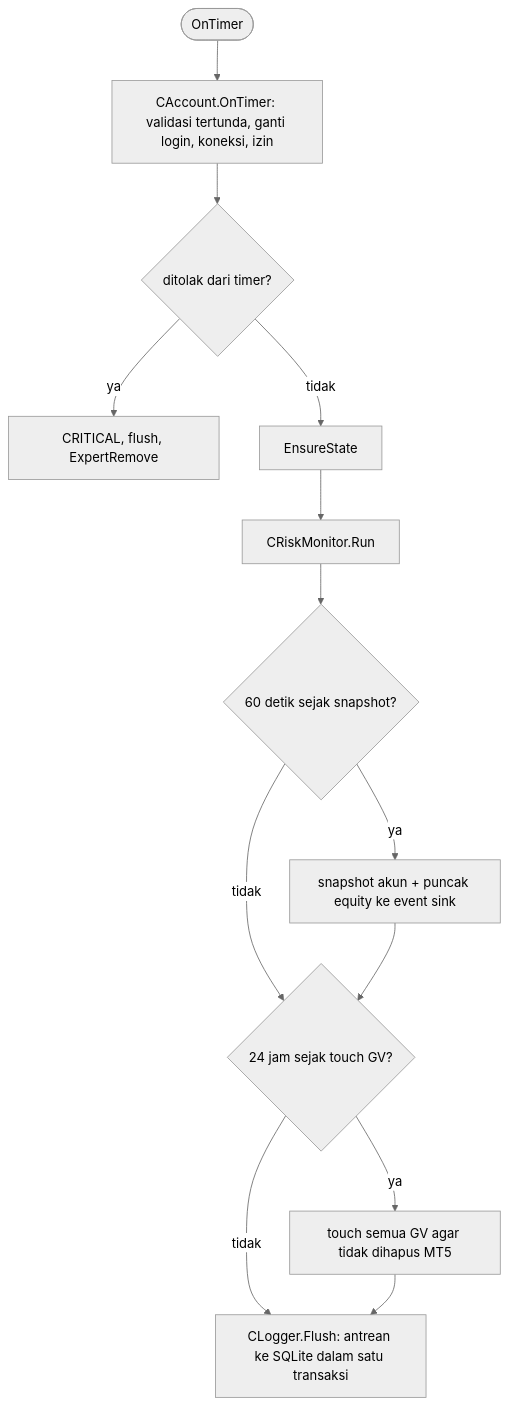
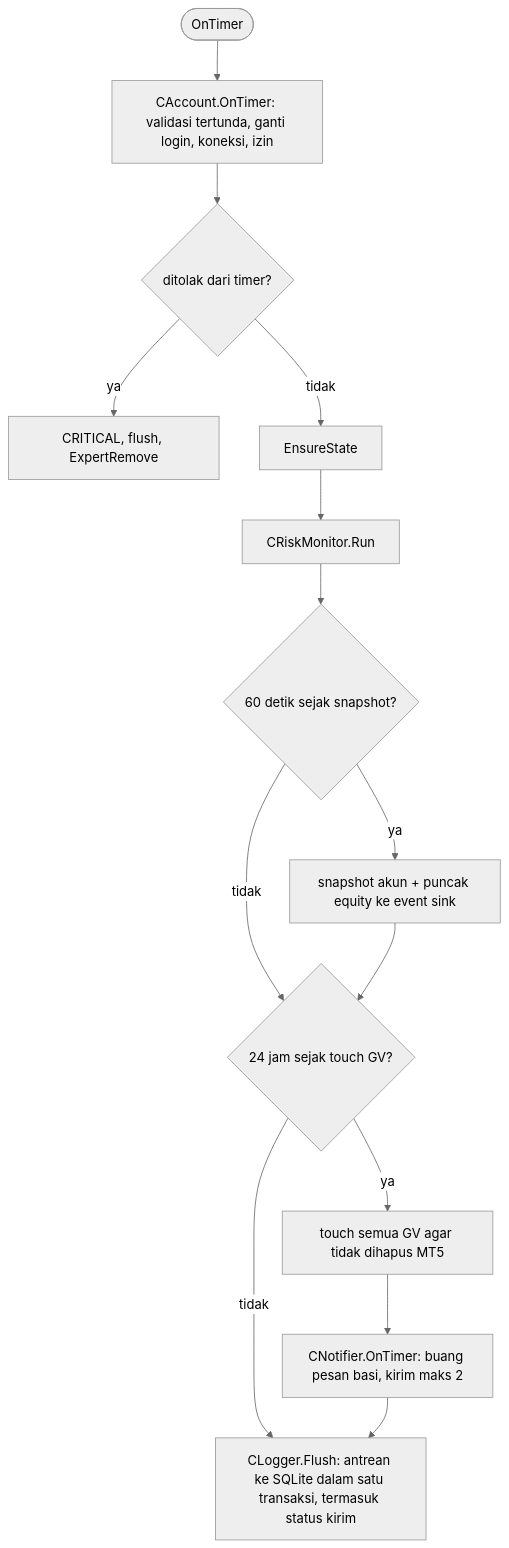
The diagram in sdbot/docs/flows/timer.md (ndra969/trading-bot), drawn with Mermaid (neutral theme) before and after one commit. The commit also changed other lines of this file and 49 other files, not shown here.

````diff
--- a/sdbot/docs/flows/timer.md
+++ b/sdbot/docs/flows/timer.md
@@ -3,15 +3,16 @@
 ```mermaid
 flowchart TB
     T([OnTimer]) --> A[CAccount.OnTimer: validasi tertunda, ganti login, koneksi, izin]
     A --> R{ditolak dari timer?}
     R -->|ya| X[CRITICAL, flush, ExpertRemove]
     R -->|tidak| E[EnsureState]
     E --> M[CRiskMonitor.Run]
     M --> S{60 detik sejak snapshot?}
     S -->|ya| SN[snapshot akun + puncak equity ke event sink]
     S -->|tidak| G
     SN --> G{24 jam sejak touch GV?}
     G -->|ya| TG[touch semua GV agar tidak dihapus MT5]
     G -->|tidak| F
-    TG --> F[CLogger.Flush: antrean ke SQLite dalam satu transaksi]
+    TG --> N[CNotifier.OnTimer: buang pesan basi, kirim maks 2]
+    N --> F[CLogger.Flush: antrean ke SQLite dalam satu transaksi, termasuk status kirim]
 ```
````
